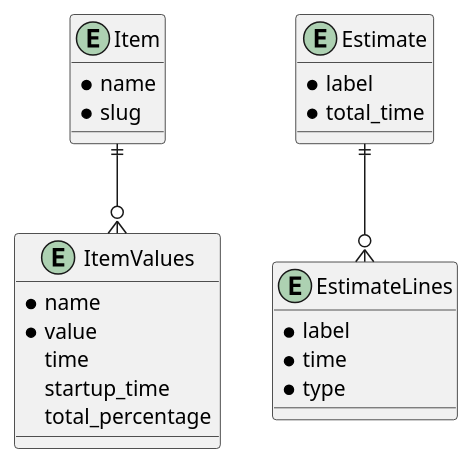
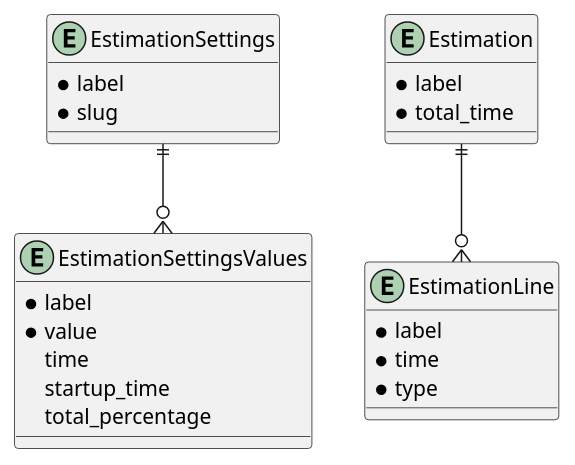
Before and after one commit to Christophe-Guigniou/corrections-parcours: the diagram in docs/diagramme/diagramme.puml, drawn with PlantUML. The commit also changed 125 other files, not shown here.

```diff
--- a/docs/diagramme/diagramme.puml
+++ b/docs/diagramme/diagramme.puml
@@ -1,29 +1,29 @@
 @startuml
 
-entity Item {
-    *name
+entity EstimationSettings {
+    *label
     *slug
 }
 
-entity ItemValues {
-    *name
+entity EstimationSettingsValues {
+    *label
     *value
     time
     startup_time
     total_percentage
 }
 
-entity Estimate {
+entity Estimation {
     *label
     *total_time
 }
 
-entity EstimateLines {
+entity EstimationLine {
     *label
     *time
     *type
 }
 
-Estimate ||--o{ EstimateLines
-Item ||--o{ ItemValues
+Estimation ||--o{ EstimationLine
+EstimationSettings ||--o{ EstimationSettingsValues
 @enduml
```
